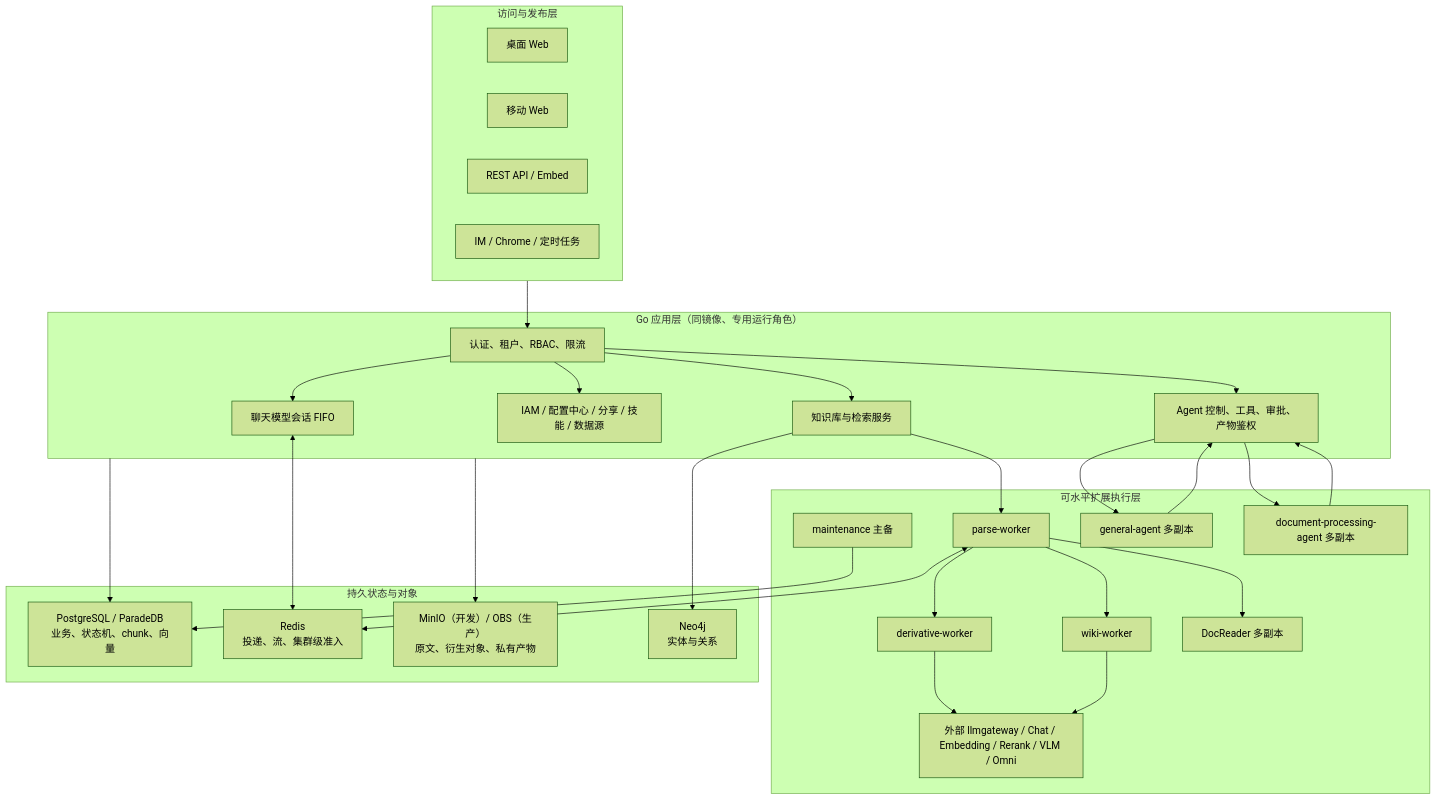
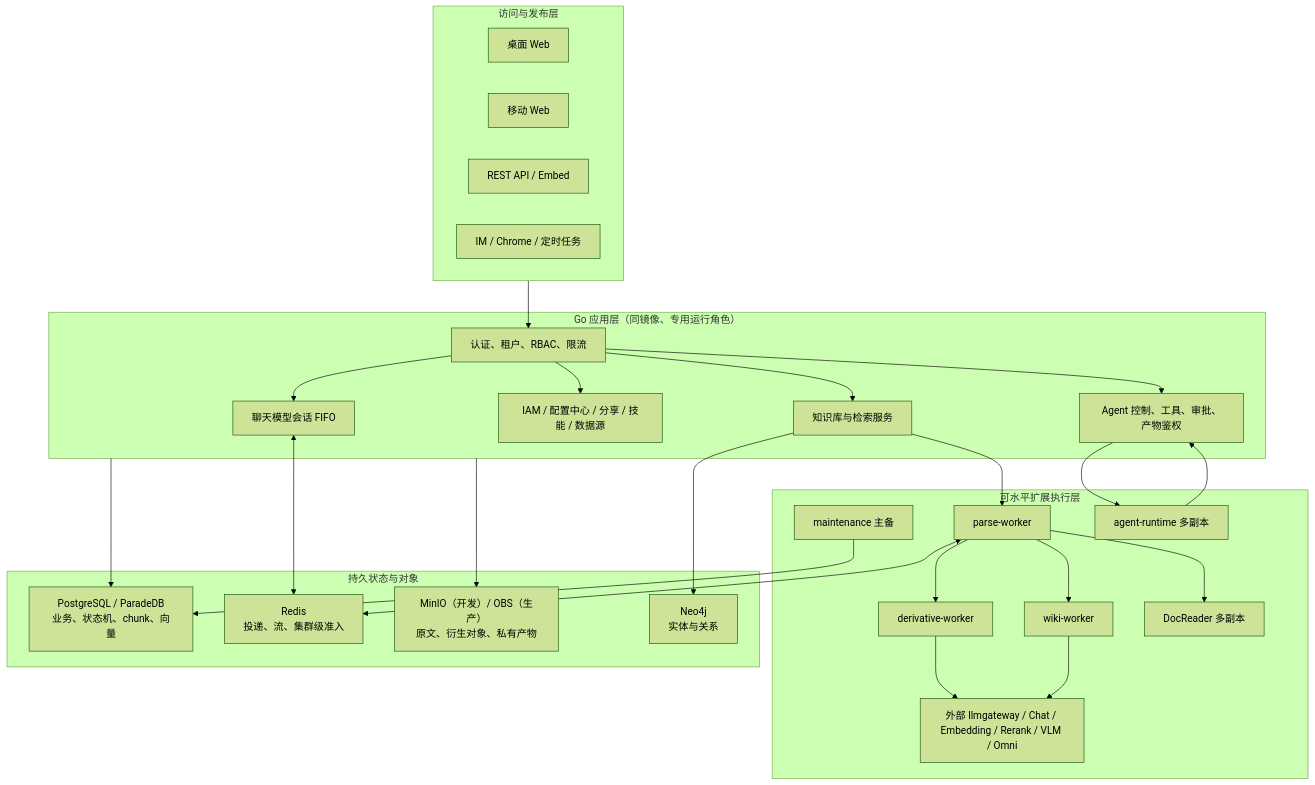
One commit to Meaninles/wekno changed the first of 2 diagrams in docs/custom/当前实现架构与文档索引.md. Above: the diagram before and after it, drawn with Mermaid (forest theme). The commit also changed other lines of this file and 399 other files, not shown here.

Commit message:
Unify agent runtime and remove legacy engines

````diff
--- a/docs/custom/当前实现架构与文档索引.md
+++ b/docs/custom/当前实现架构与文档索引.md
@@ -48,57 +48,54 @@
 ```mermaid
 flowchart TB
     subgraph Entry["访问与发布层"]
         Web["桌面 Web"]
         Mobile["移动 Web"]
         API["REST API / Embed"]
         IM["IM / Chrome / 定时任务"]
     end
 
     subgraph App["Go 应用层（同镜像、专用运行角色）"]
         Gateway["认证、租户、RBAC、限流"]
         Knowledge["知识库与检索服务"]
         ChatQueue["聊天模型会话 FIFO"]
         AgentControl["Agent 控制、工具、审批、产物鉴权"]
         Enterprise["IAM / 配置中心 / 分享 / 技能 / 数据源"]
     end
 
     subgraph Workers["可水平扩展执行层"]
         ParseWorker["parse-worker"]
         DerivativeWorker["derivative-worker"]
         WikiWorker["wiki-worker"]
         Maintenance["maintenance 主备"]
         DocReader["DocReader 多副本"]
-        GeneralAgent["general-agent 多副本"]
-        DocAgent["document-processing-agent 多副本"]
+        GeneralAgent["agent-runtime 多副本"]
         Models["外部 llmgateway / Chat / Embedding / Rerank / VLM / Omni"]
     end
 
     subgraph State["持久状态与对象"]
         PG["PostgreSQL / ParadeDB\n业务、状态机、chunk、向量"]
         Redis["Redis\n投递、流、集群级准入"]
         Object["MinIO（开发）/ OBS（生产）\n原文、衍生对象、私有产物"]
         Neo4j["Neo4j\n实体与关系"]
     end
 
     Entry --> Gateway
     Gateway --> Knowledge
     Gateway --> ChatQueue
     Gateway --> AgentControl
     Gateway --> Enterprise
     Knowledge --> ParseWorker
     ParseWorker --> DocReader
     ParseWorker --> DerivativeWorker
     DerivativeWorker --> Models
     ParseWorker --> WikiWorker
     WikiWorker --> Models
     Maintenance --> PG
     AgentControl --> GeneralAgent
-    AgentControl --> DocAgent
     GeneralAgent --> AgentControl
-    DocAgent --> AgentControl
     App --> PG
     ChatQueue <--> Redis
     ParseWorker <--> Redis
     App --> Object
     Knowledge --> Neo4j
 ```
````
